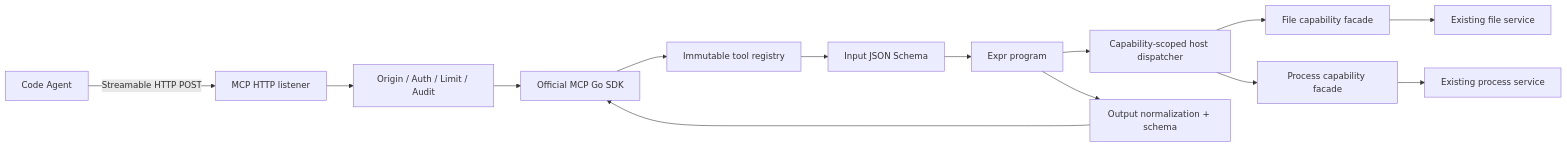
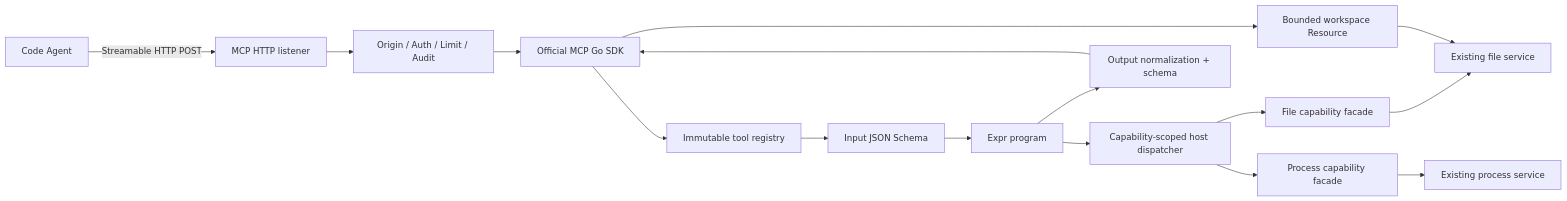
The first of 2 diagrams in docs/mcp-server-design-v1.md (qq1426155093/remote-code), drawn with Mermaid before and after one commit. The commit also changed other lines of this file and 30 other files, not shown here.

````diff
--- a/docs/mcp-server-design-v1.md
+++ b/docs/mcp-server-design-v1.md
@@ -35,16 +35,18 @@
 ```mermaid
 flowchart LR
     Agent[Code Agent] -->|Streamable HTTP POST| HTTP[MCP HTTP listener]
     HTTP --> Middleware[Origin / Auth / Limit / Audit]
     Middleware --> SDK[Official MCP Go SDK]
     SDK --> Registry[Immutable tool registry]
+    SDK --> Resource[Bounded workspace Resource]
     Registry --> InputSchema[Input JSON Schema]
     InputSchema --> Expr[Expr program]
     Expr --> Host[Capability-scoped host dispatcher]
     Host --> FileFacade[File capability facade]
     Host --> ProcessFacade[Process capability facade]
     FileFacade --> FileService[Existing file service]
+    Resource --> FileService
     ProcessFacade --> ProcessService[Existing process service]
     Expr --> OutputSchema[Output normalization + schema]
     OutputSchema --> SDK
 ```
````
